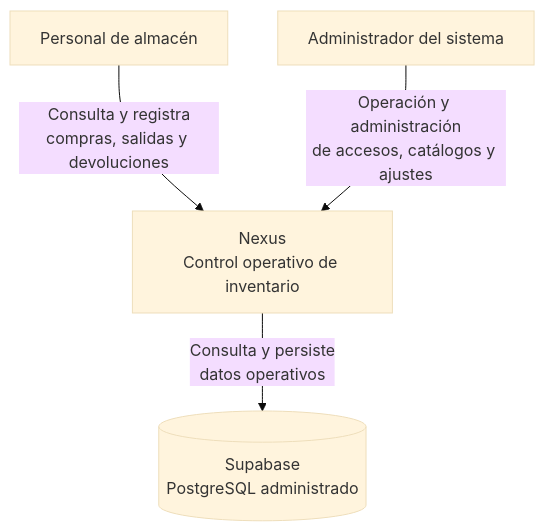
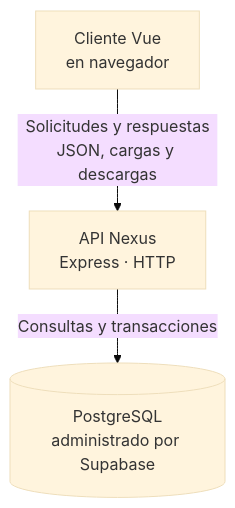
Before and after one commit to gpgsistemas01/nexus: the first of 5 diagrams in back/docs/architecture/views/physical/01-system-runtime-and-deployment.md, drawn with Mermaid (base theme). The commit also changed other lines of this file and 26 other files, not shown here.

Commit message:
docs: focus backend architecture on API and align issue use cases

````diff
--- a/back/docs/architecture/views/physical/01-system-runtime-and-deployment.md
+++ b/back/docs/architecture/views/physical/01-system-runtime-and-deployment.md
@@ -30,10 +29,8 @@
 ```mermaid
 flowchart TB
-    warehouse["Personal de almacén"]
-    administrator["Administrador del sistema"]
-    nexus["Nexus<br/>Control operativo de inventario"]
-    supabase[("Supabase<br/>PostgreSQL administrado")]
-    warehouse -->|"Consulta y registra<br/>compras, salidas y devoluciones"| nexus
-    administrator -->|"Operación y administración<br/>de accesos, catálogos y ajustes"| nexus
-    nexus -->|"Consulta y persiste<br/>datos operativos"| supabase
+    client["Cliente Vue<br/>en navegador"]
+    api["API Nexus<br/>Express · HTTP"]
+    supabase[("PostgreSQL<br/>administrado por Supabase")]
+    client -->|"Solicitudes y respuestas<br/>JSON, cargas y descargas"| api
+    api -->|"Consultas y transacciones"| supabase
 ```
````
